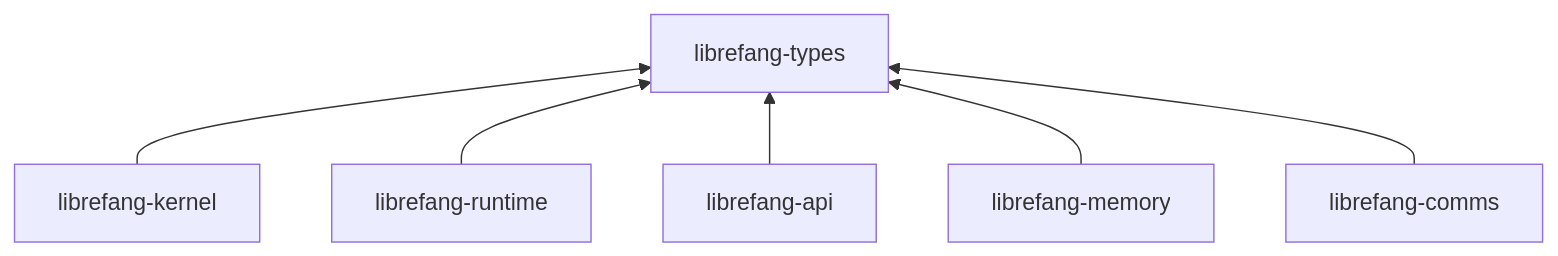
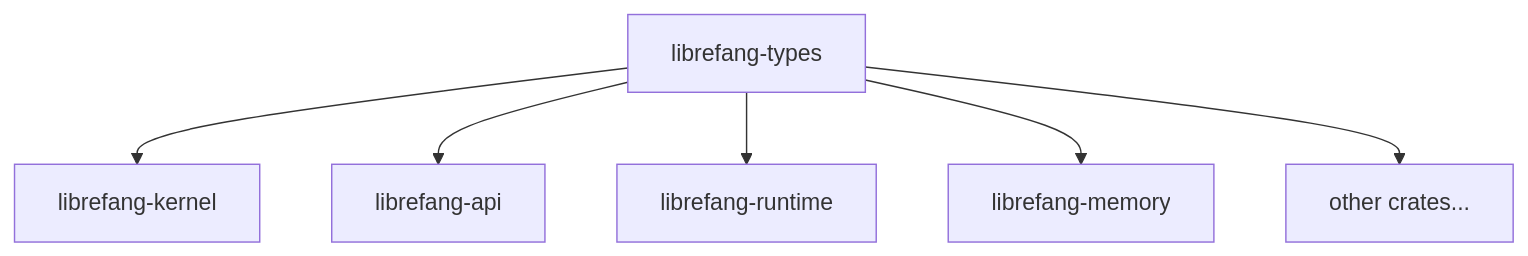
One commit to leszek3737/librefang-WIki changed the diagram in other-librefang-types.md. Above: the diagram before and after it, drawn with Mermaid. The commit also changed other lines of this file and 119 other files, not shown here.

````diff
--- a/other-librefang-types.md
+++ b/other-librefang-types.md
@@ -9,9 +9,8 @@
 ```mermaid
-graph BT
-    types["librefang-types"]
-    kernel["librefang-kernel"] --> types
-    runtime["librefang-runtime"] --> types
-    api["librefang-api"] --> types
-    memory["librefang-memory"] --> types
-    comms["librefang-comms"] --> types
+graph TD
+    T[librefang-types] --> K[librefang-kernel]
+    T --> A[librefang-api]
+    T --> R[librefang-runtime]
+    T --> M[librefang-memory]
+    T --> O[other crates...]
 ```
````
